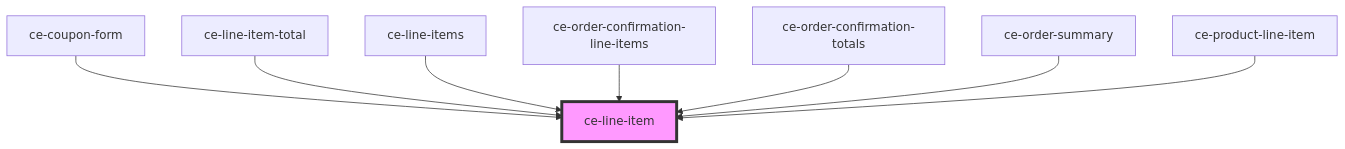
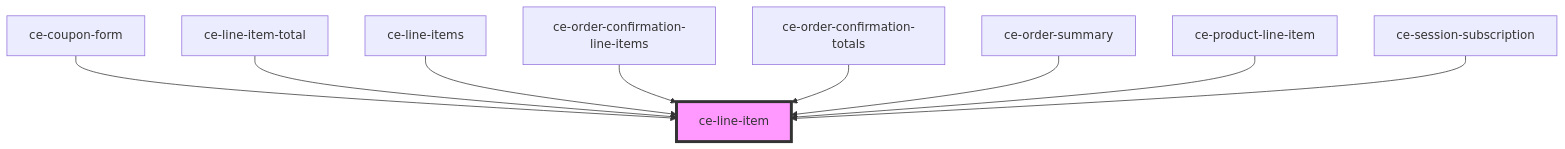
The diagram in packages/components/src/components/ui/line-item/readme.md (surecart/surecart-wp-plugin), drawn with Mermaid before and after one commit. The commit also changed other lines of this file and 96 other files, not shown here.

````diff
--- a/packages/components/src/components/ui/line-item/readme.md
+++ b/packages/components/src/components/ui/line-item/readme.md
@@ -51,11 +52,12 @@
 ```mermaid
 graph TD;
   ce-coupon-form --> ce-line-item
   ce-line-item-total --> ce-line-item
   ce-line-items --> ce-line-item
   ce-order-confirmation-line-items --> ce-line-item
   ce-order-confirmation-totals --> ce-line-item
   ce-order-summary --> ce-line-item
   ce-product-line-item --> ce-line-item
+  ce-session-subscription --> ce-line-item
   style ce-line-item fill:#f9f,stroke:#333,stroke-width:4px
 ```
````
